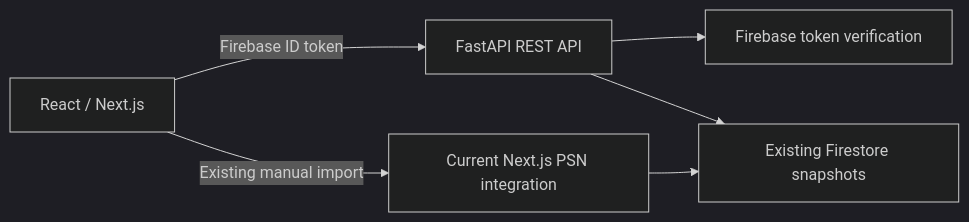
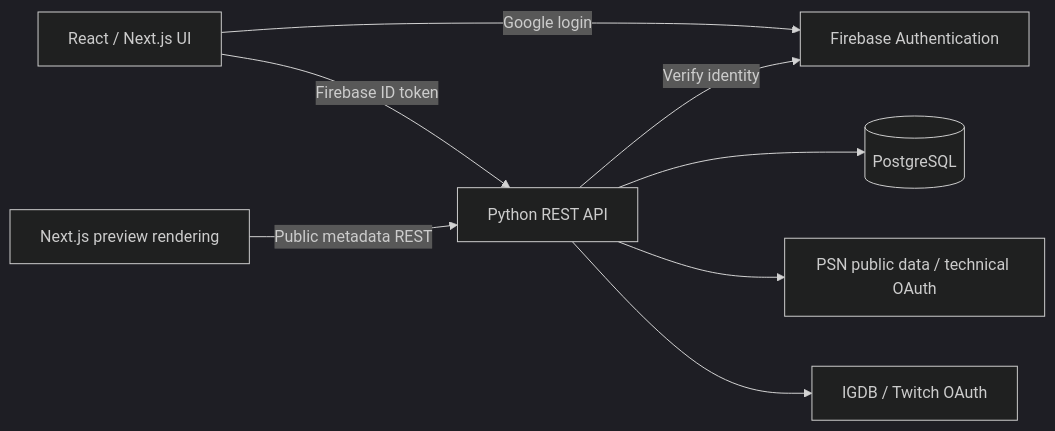
One commit to ricardobalbinot/trophy-buddy-api changed the diagram in docs/architecture.md. Above: the diagram before and after it, drawn with Mermaid (dark theme). The commit also changed other lines of this file and 4 other files, not shown here.

First line of the commit message:
docs(architecture): record service ownership and Railway deployment steps

````diff
--- a/docs/architecture.md
+++ b/docs/architecture.md
@@ -37,8 +39,10 @@
 ```mermaid
 flowchart LR
-  React[React / Next.js] -->|Firebase ID token| Python[FastAPI REST API]
-  Python --> Auth[Firebase token verification]
-  Python --> Store[Existing Firestore snapshots]
-  React -->|Existing manual import| Node[Current Next.js PSN integration]
-  Node --> Store
+  Browser[React / Next.js UI] -->|Google login| Auth[Firebase Authentication]
+  Browser -->|Firebase ID token| API[Python REST API]
+  Next[Next.js preview rendering] -->|Public metadata REST| API
+  API -->|Verify identity| Auth
+  API --> PG[(PostgreSQL)]
+  API --> PSN[PSN public data / technical OAuth]
+  API --> IGDB[IGDB / Twitch OAuth]
 ```
````
